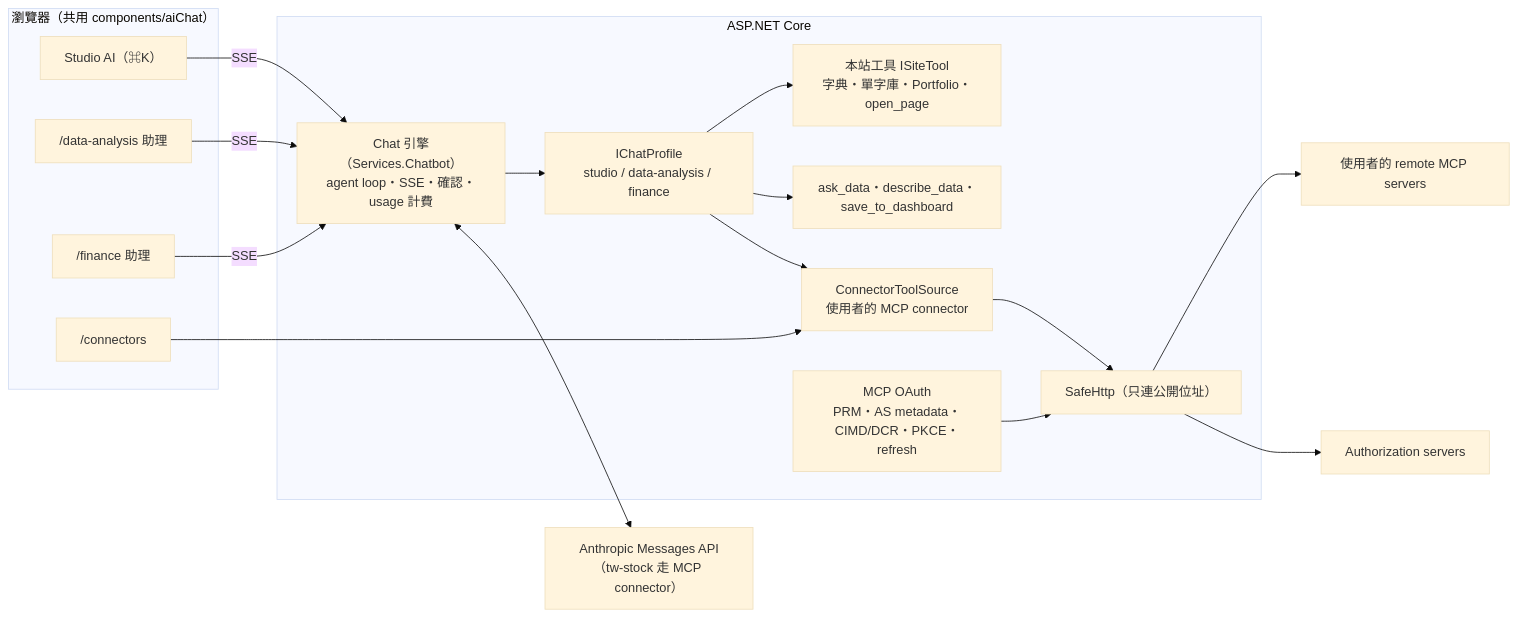
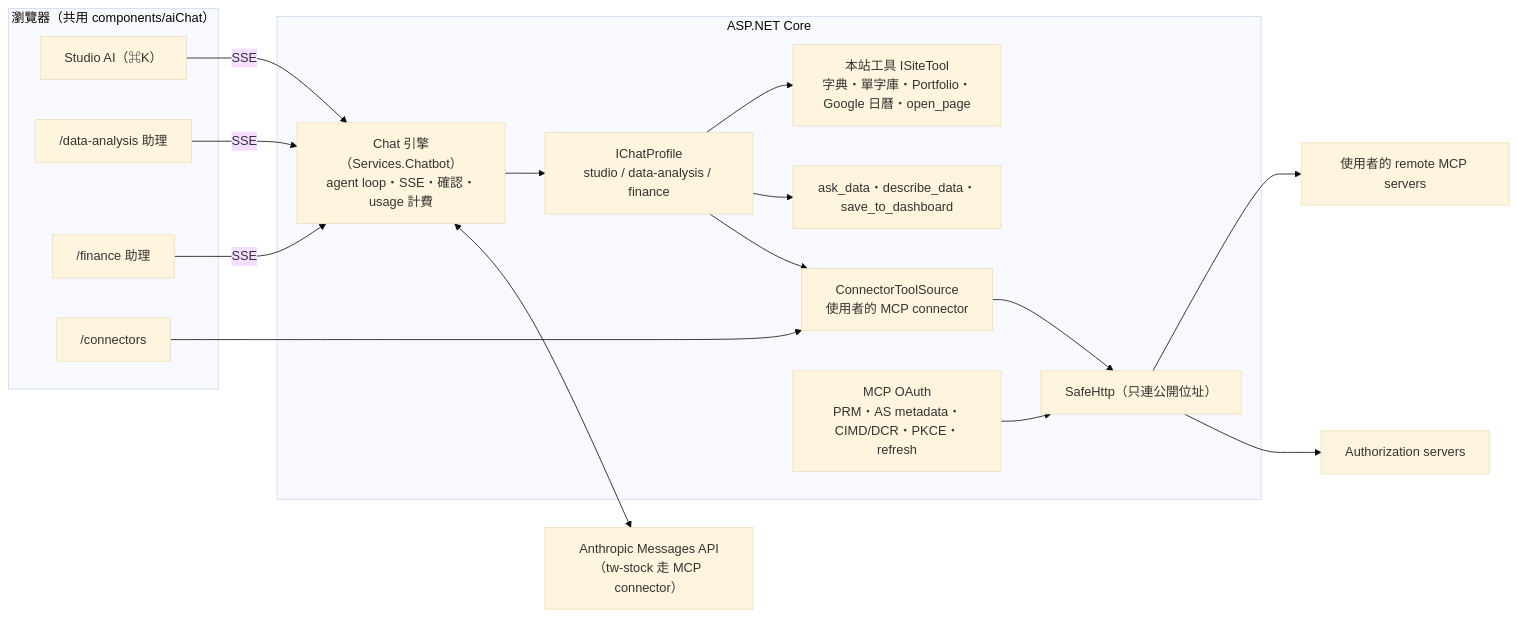
Before and after one commit to twjackysu/JackyAIApp: the diagram in docs/ai-native/SHOWCASE.md, drawn with Mermaid (base theme). The commit also changed other lines of this file and 1 other file, not shown here.

First line of the commit message:
docs(showcase): Google 日曆的 demo 步驟與截圖、step-up

````diff
--- a/docs/ai-native/SHOWCASE.md
+++ b/docs/ai-native/SHOWCASE.md
@@ -41,29 +44,29 @@
 ```mermaid
 flowchart LR
   subgraph Browser["瀏覽器（共用 components/aiChat）"]
     Studio["Studio AI（⌘K）"]
     DA["/data-analysis 助理"]
     Fin["/finance 助理"]
     Conn["/connectors"]
   end
   subgraph Server["ASP.NET Core"]
     Chat["Chat 引擎（Services.Chatbot）<br/>agent loop・SSE・確認・usage 計費"]
     Profiles["IChatProfile<br/>studio / data-analysis / finance"]
-    Site["本站工具 ISiteTool<br/>字典・單字庫・Portfolio・open_page"]
+    Site["本站工具 ISiteTool<br/>字典・單字庫・Portfolio・Google 日曆・open_page"]
     DATools["ask_data・describe_data・save_to_dashboard"]
     CTS["ConnectorToolSource<br/>使用者的 MCP connector"]
     OAuth["MCP OAuth<br/>PRM・AS metadata・CIMD/DCR・PKCE・refresh"]
     Safe["SafeHttp（只連公開位址）"]
   end
   Anthropic["Anthropic Messages API<br/>（tw-stock 走 MCP connector）"]
   MCP["使用者的 remote MCP servers"]
   AS["Authorization servers"]
 
   Studio & DA & Fin -->|SSE| Chat
   Conn --> CTS
   Chat --> Profiles
   Profiles --> Site & DATools & CTS
   Chat <--> Anthropic
   CTS --> Safe --> MCP
   OAuth --> Safe --> AS
 ```
````
